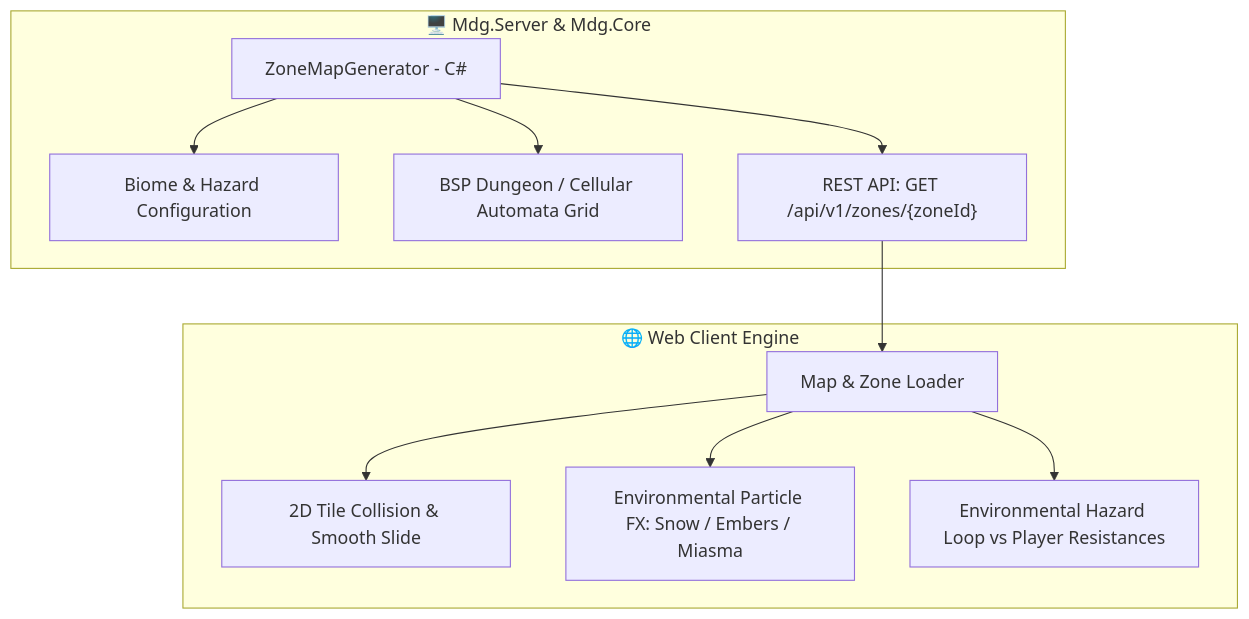
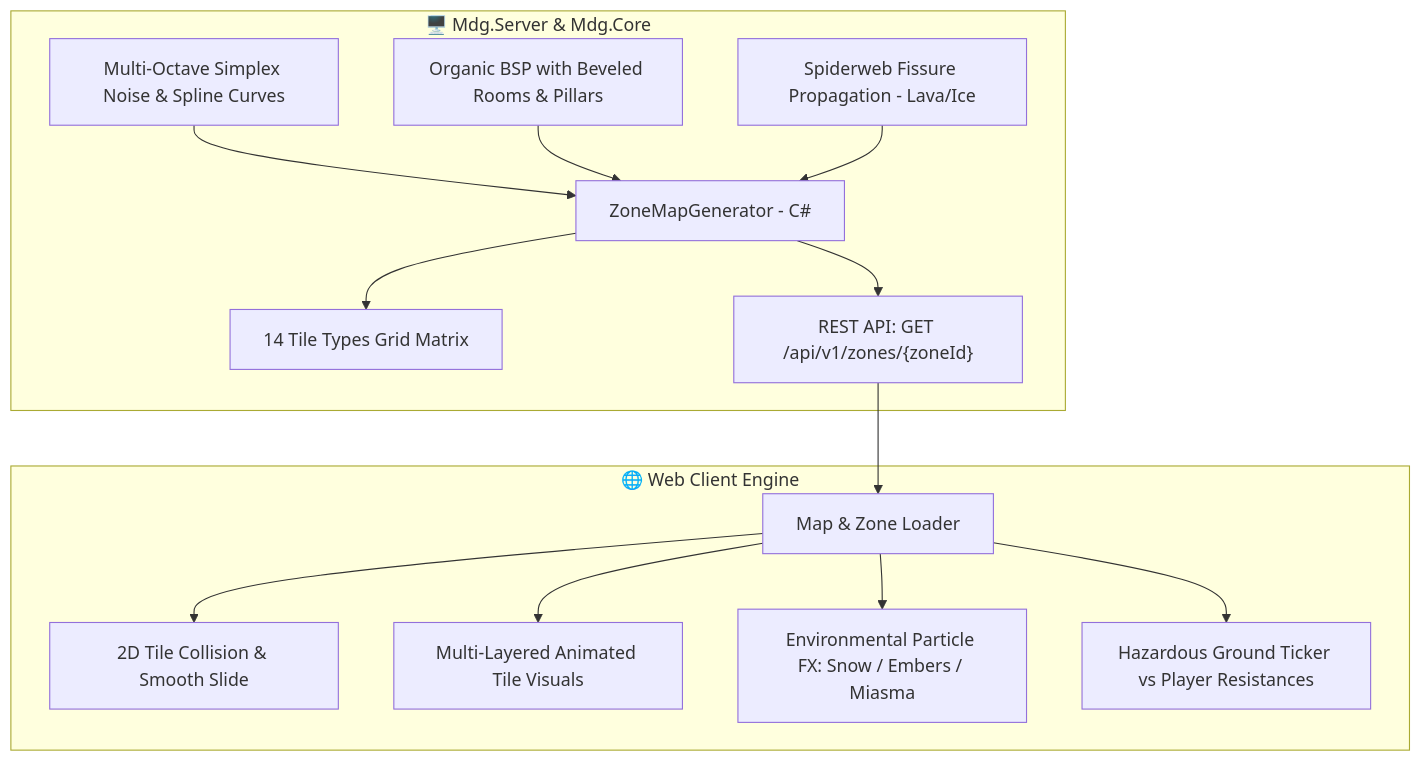
Before and after one commit to kzxl/my-dream-game: the first of 2 diagrams in docs/design/map_biomes_and_environmental_hazards_design.md, drawn with Mermaid. The commit also changed other lines of this file and 9 other files, not shown here.

Commit message:
feat(terrain-combat): enhance organic procedural map generation with 14-tile matrix and fix combat action lock bug

````diff
--- a/docs/design/map_biomes_and_environmental_hazards_design.md
+++ b/docs/design/map_biomes_and_environmental_hazards_design.md
@@ -7,15 +1,18 @@
 ```mermaid
 graph TD
     subgraph Server["🖥️ Mdg.Server & Mdg.Core"]
-        Gen[ZoneMapGenerator - C#] --> BiomeCfg[Biome & Hazard Configuration]
-        Gen --> Layout[BSP Dungeon / Cellular Automata Grid]
+        Noise[Multi-Octave Simplex Noise & Spline Curves] --> Gen[ZoneMapGenerator - C#]
+        BSP[Organic BSP with Beveled Rooms & Pillars] --> Gen
+        Fissure[Spiderweb Fissure Propagation - Lava/Ice] --> Gen
+        Gen --> Layout[14 Tile Types Grid Matrix]
         Gen --> API["REST API: GET /api/v1/zones/{zoneId}"]
     end
 
     subgraph Client["🌐 Web Client Engine"]
         API --> Loader[Map & Zone Loader]
         Loader --> GridCollision[2D Tile Collision & Smooth Slide]
+        Loader --> DynamicTileRenderer[Multi-Layered Animated Tile Visuals]
         Loader --> ParticleEnv[Environmental Particle FX: Snow / Embers / Miasma]
-        Loader --> HazardTicker[Environmental Hazard Loop vs Player Resistances]
+        Loader --> HazardTicker[Hazardous Ground Ticker vs Player Resistances]
     end
 ```
````
